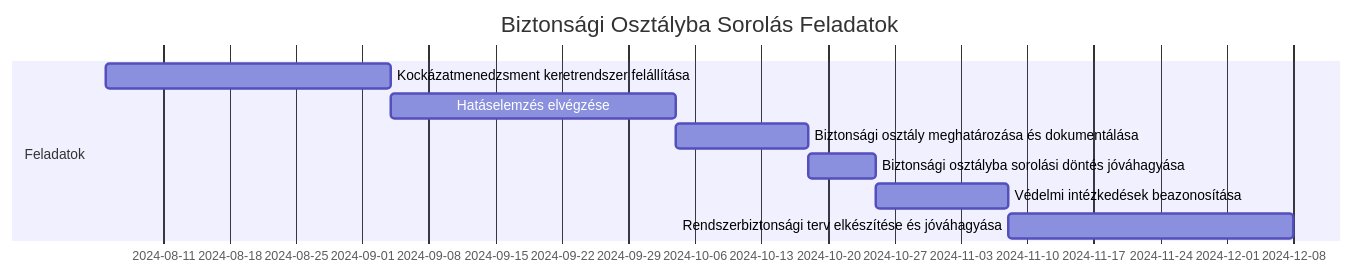
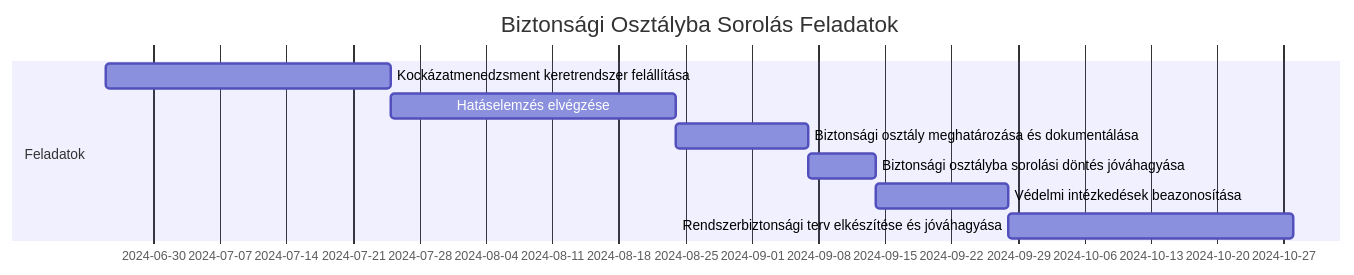
One commit to Lensver65/NIS2-keretrendszer changed the third of 4 diagrams in NIS2-Mermaid.md. Above: the diagram before and after it, drawn with Mermaid.

````diff
--- a/NIS2-Mermaid.md
+++ b/NIS2-Mermaid.md
@@ -146,12 +146,12 @@
 ```mermaid
 gantt
     title Biztonsági Osztályba Sorolás Feladatok
     dateFormat  YYYY-MM-DD
     section Feladatok
-    Kockázatmenedzsment keretrendszer felállítása :BO1, 2024-08-05, 30d
+    Kockázatmenedzsment keretrendszer felállítása :BO1, 2024-06-25, 30d
     Hatáselemzés elvégzése :BO2, after BO1, 30d
     Biztonsági osztály meghatározása és dokumentálása :BO3, after BO2, 14d
     Biztonsági osztályba sorolási döntés jóváhagyása :BO4, after BO3, 7d
     Védelmi intézkedések beazonosítása :BO5, after BO4, 14d
     Rendszerbiztonsági terv elkészítése és jóváhagyása :BO6, after BO5, 30d
 ```
````
